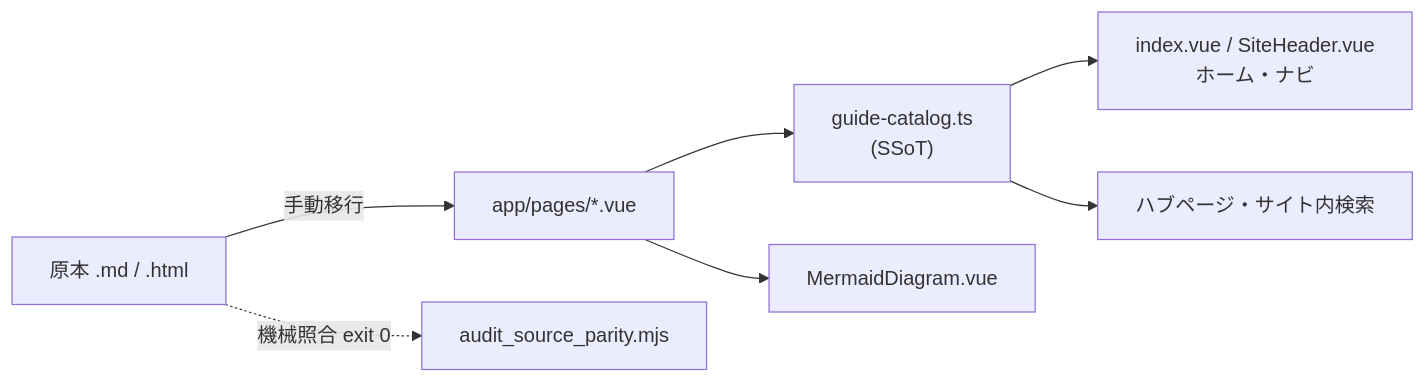
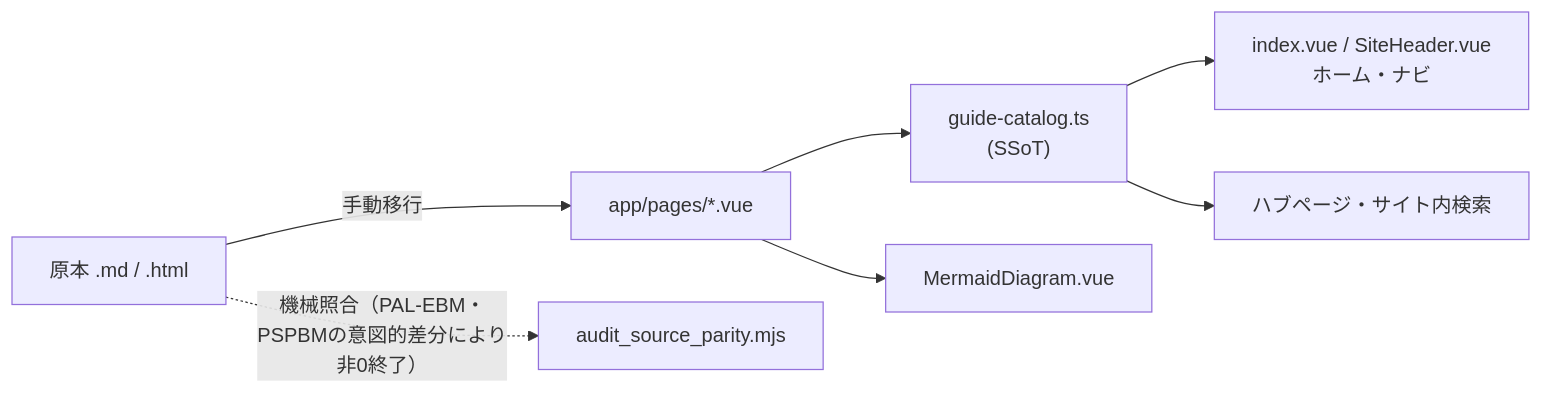
One commit to myoshi2891/Portfolio changed the diagram in docs/PROJECT-DETAILS/OVERVIEW-Management-Studies.md. Above: the diagram before and after it, drawn with Mermaid. The commit also changed 3 other files, not shown here.

````diff
--- a/docs/PROJECT-DETAILS/OVERVIEW-Management-Studies.md
+++ b/docs/PROJECT-DETAILS/OVERVIEW-Management-Studies.md
@@ -24,9 +24,9 @@
 ```mermaid
 flowchart LR
     A["原本 .md / .html"] -->|手動移行| B["app/pages/*.vue"]
     B --> C["guide-catalog.ts<br/>(SSoT)"]
     C --> D["index.vue / SiteHeader.vue<br/>ホーム・ナビ"]
     C --> E["ハブページ・サイト内検索"]
     B --> F["MermaidDiagram.vue"]
-    A -.機械照合 exit 0.-> G["audit_source_parity.mjs"]
+    A -.機械照合（PAL-EBM・PSPBMの意図的差分により非0終了）.-> G["audit_source_parity.mjs"]
 ```
````
